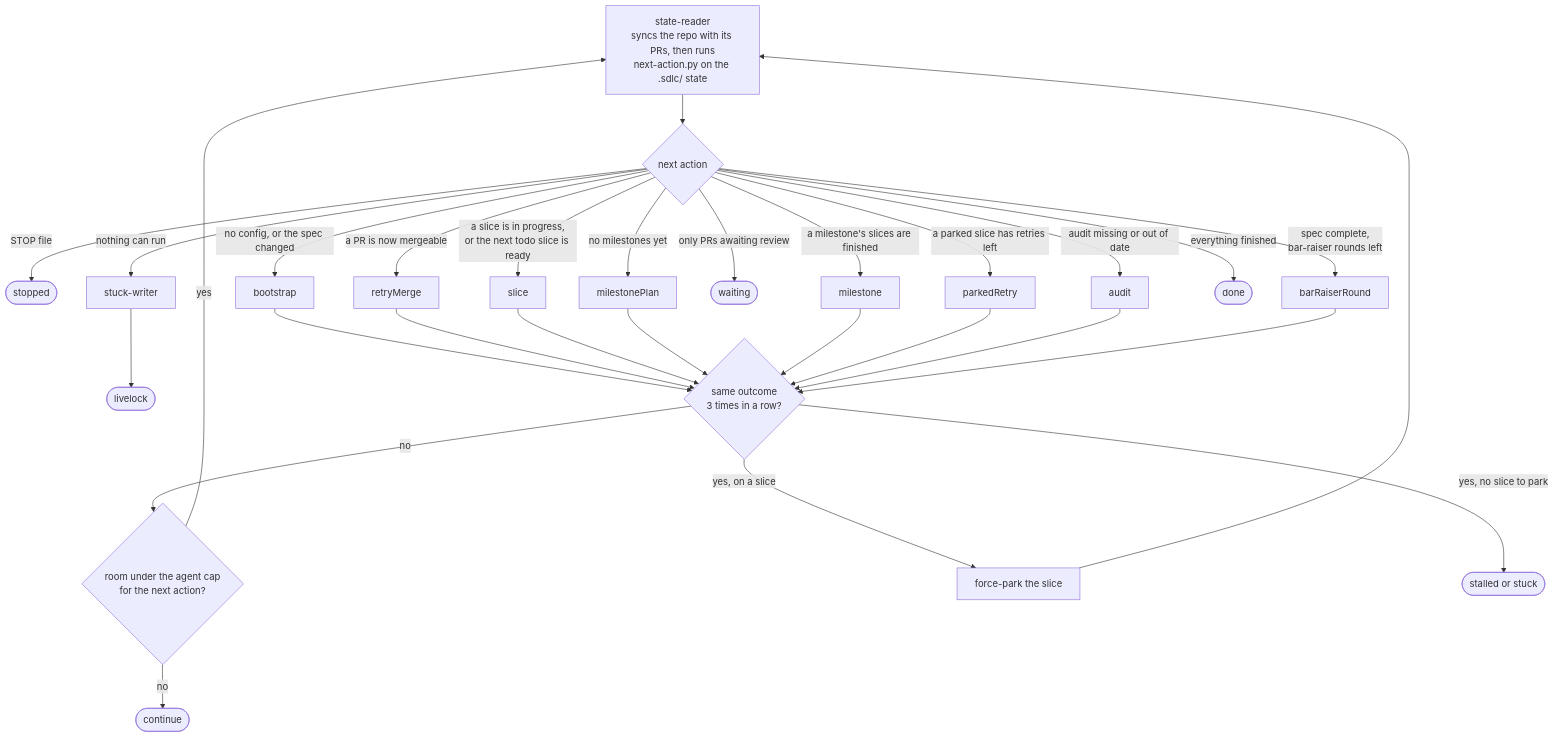
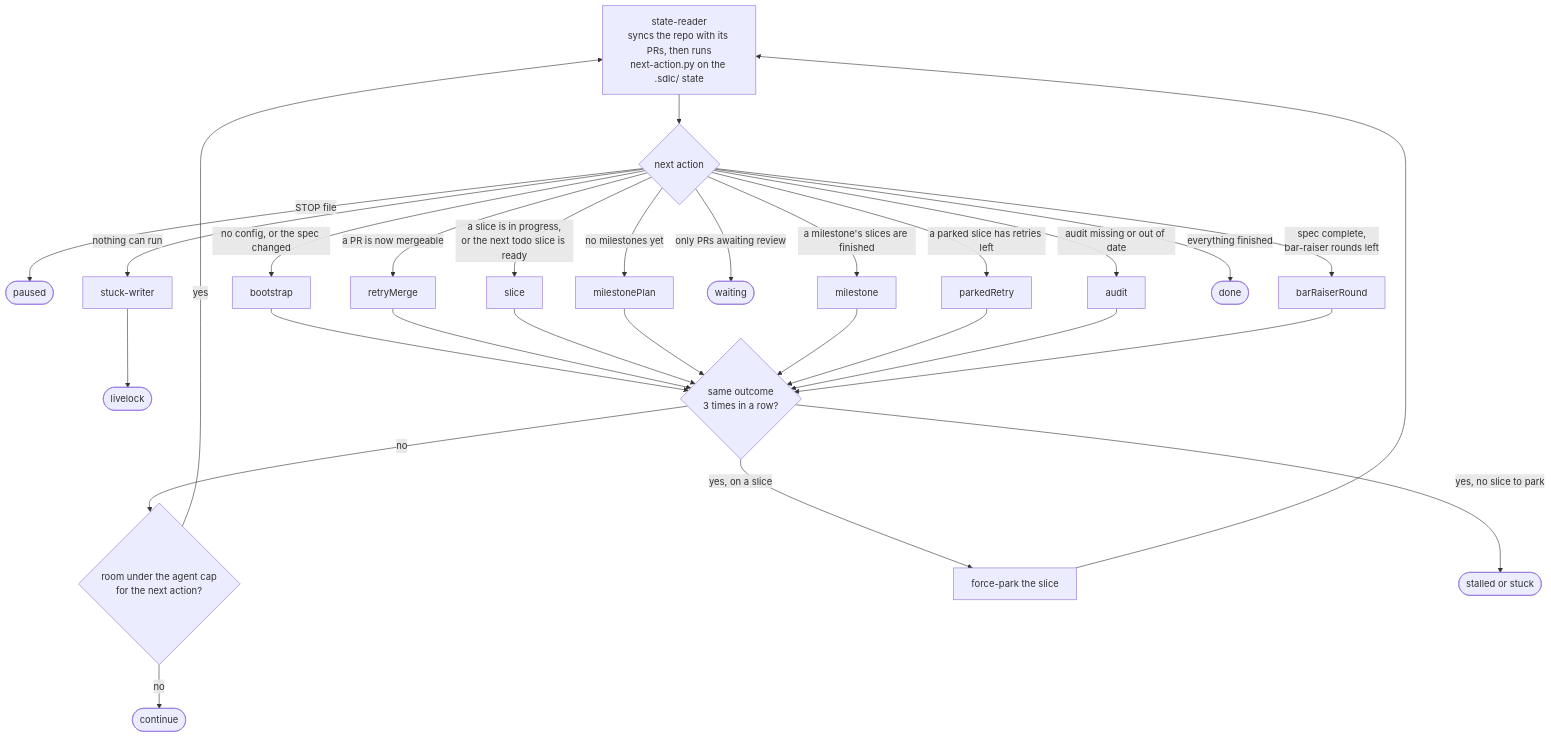
The second of 8 diagrams in README.md (omarahr/sdlc), drawn with Mermaid before and after one commit. The commit also changed other lines of this file and 72 other files, not shown here.

````diff
--- a/README.md
+++ b/README.md
@@ -207,22 +217,22 @@
 ```mermaid
 flowchart TD
   RS["state-reader<br/>syncs the repo with its PRs, then runs<br/>next-action.py on the .sdlc/ state"] --> D{"next action"}
-  D -- "STOP file" --> stop(["stopped"])
+  D -- "STOP file" --> pause(["paused"])
   D -- "no config, or the spec changed" --> BS["bootstrap"]
   D -- "a PR is now mergeable" --> RM["retryMerge"]
   D -- "a slice is in progress,<br/>or the next todo slice is ready" --> SL["slice"]
   D -- "no milestones yet" --> MP["milestonePlan"]
   D -- "a milestone's slices are finished" --> MS["milestone"]
   D -- "a parked slice has retries left" --> PR["parkedRetry"]
   D -- "only PRs awaiting review" --> wait(["waiting"])
   D -- "audit missing or out of date" --> AU["audit"]
   D -- "nothing can run" --> LL["stuck-writer"] --> ll(["livelock"])
   D -- "spec complete,<br/>bar-raiser rounds left" --> BR["barRaiserRound"]
   D -- "everything finished" --> done(["done"])
   BS & RM & SL & MP & MS & PR & AU & BR --> G{"same outcome<br/>3 times in a row?"}
   G -- no --> H{"room under the agent cap<br/>for the next action?"}
   H -- yes --> RS
   H -- no --> cont(["continue"])
   G -- "yes, on a slice" --> FP["force-park the slice"] --> RS
   G -- "yes, no slice to park" --> st(["stalled or stuck"])
 ```
````
